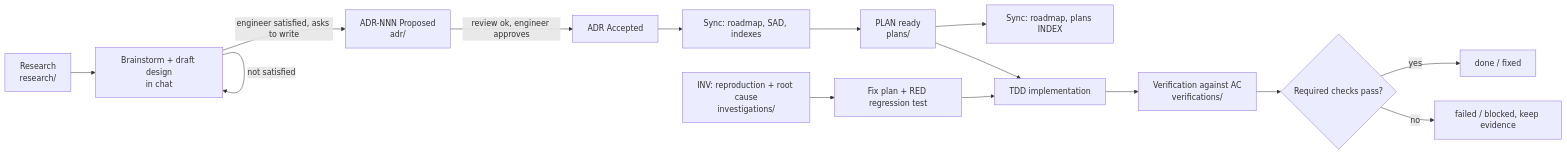
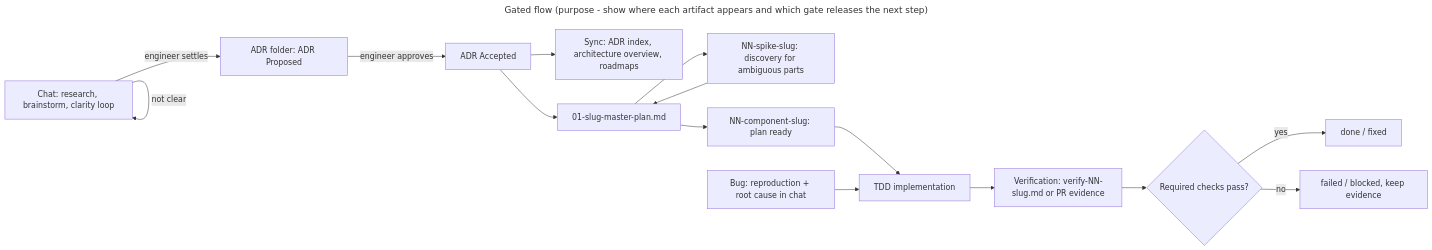
Before and after one commit to huydoansg/my-skills-my-rules-my-agents: the diagram in workflow/workflow.md, drawn with Mermaid. The commit also changed other lines of this file and 24 other files, not shown here.

First line of the commit message:
feat(agent-kit): clarity-first rule and layout-agnostic master plan + per-component plans

````diff
--- a/workflow/workflow.md
+++ b/workflow/workflow.md
@@ -14,17 +17,20 @@
 ```mermaid
+---
+title: Gated flow (purpose - show where each artifact appears and which gate releases the next step)
+---
 flowchart LR
-  R[Research<br/>research/] --> B[Brainstorm + draft design<br/>in chat]
-  B -->|not satisfied| B
-  B -->|engineer satisfied, asks to write| A[ADR-NNN Proposed<br/>adr/]
-  A -->|review ok, engineer approves| AC[ADR Accepted]
-  AC --> S[Sync: roadmap, SAD, indexes]
-  S --> P[PLAN ready<br/>plans/]
-  P --> S2[Sync: roadmap, plans INDEX]
+  C[Chat: research, brainstorm, clarity loop] -->|not clear| C
+  C -->|engineer settles| A[ADR folder: ADR Proposed]
+  A -->|engineer approves| AC[ADR Accepted]
+  AC --> S[Sync: ADR index, architecture overview, roadmaps]
+  AC --> M[01-slug-master-plan.md]
+  M --> D[NN-spike-slug: discovery for ambiguous parts]
+  D --> M
+  M --> P[NN-component-slug: plan ready]
   P --> T[TDD implementation]
-  I[INV: reproduction + root cause<br/>investigations/] --> F[Fix plan + RED regression test]
-  F --> T
-  T --> V[Verification against AC<br/>verifications/]
+  B[Bug: reproduction + root cause in chat] --> T
+  T --> V[Verification: verify-NN-slug.md or PR evidence]
   V --> G{Required checks pass?}
   G -- yes --> Done[done / fixed]
   G -- no --> X[failed / blocked, keep evidence]
 ```
````
